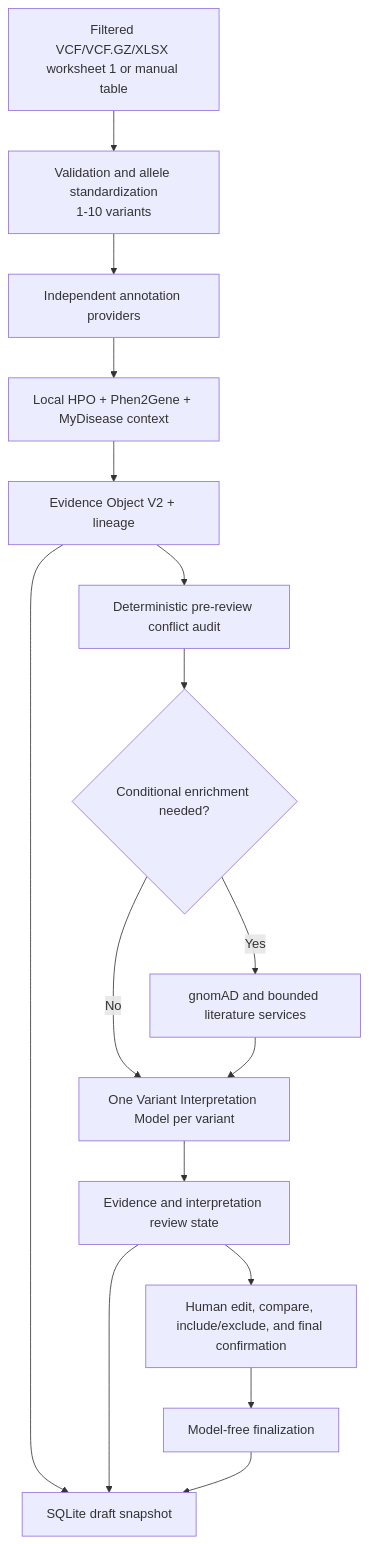
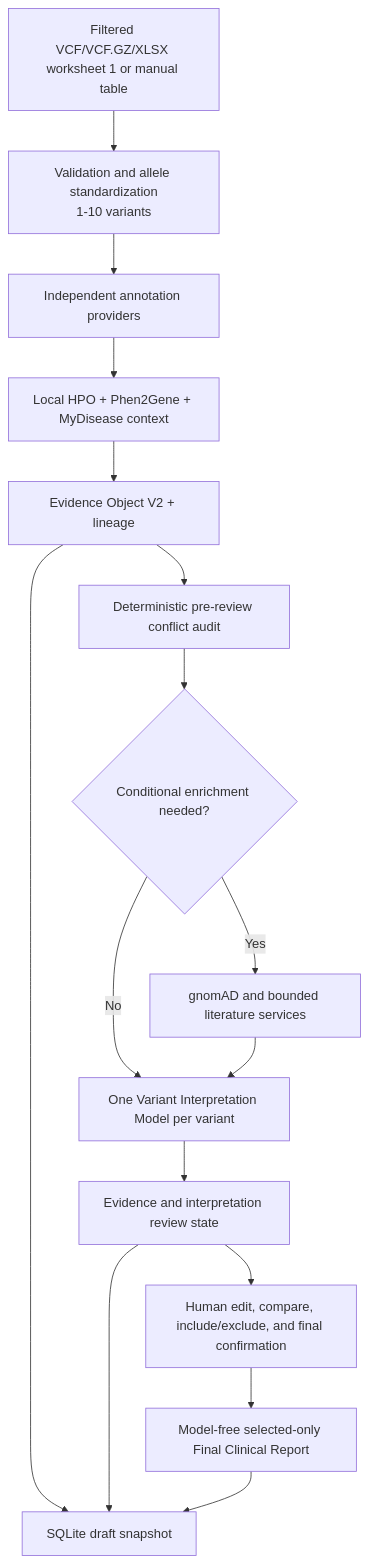
The second of 2 diagrams in docs/PROJECT_DECLARATION.md (parhamKIY/CLINCAL_VARIANT_WEB_APPLICATION), drawn with Mermaid before and after one commit. The commit also changed other lines of this file and 8 other files, not shown here.

Commit message:
Implement Stage 56 Final Clinical Report composer

````diff
--- a/docs/PROJECT_DECLARATION.md
+++ b/docs/PROJECT_DECLARATION.md
@@ -333,18 +350,18 @@
 ```mermaid
 flowchart TD
     U["Filtered VCF/VCF.GZ/XLSX worksheet 1 or manual table"] --> V["Validation and allele standardization<br/>1-10 variants"]
     V --> A["Independent annotation providers"]
     A --> P["Local HPO + Phen2Gene + MyDisease context"]
     P --> E["Evidence Object V2 + lineage"]
     E --> C1["Deterministic pre-review conflict audit"]
     C1 --> CE{"Conditional enrichment needed?"}
     CE -- Yes --> X["gnomAD and bounded literature services"]
     CE -- No --> VI
     X --> VI["One Variant Interpretation Model per variant"]
     VI --> D["Evidence and interpretation review state"]
     D --> H["Human edit, compare, include/exclude, and final confirmation"]
-    H --> F["Model-free finalization"]
+    H --> F["Model-free selected-only Final Clinical Report"]
     E --> DB["SQLite draft snapshot"]
     D --> DB
     F --> DB
 ```
````
